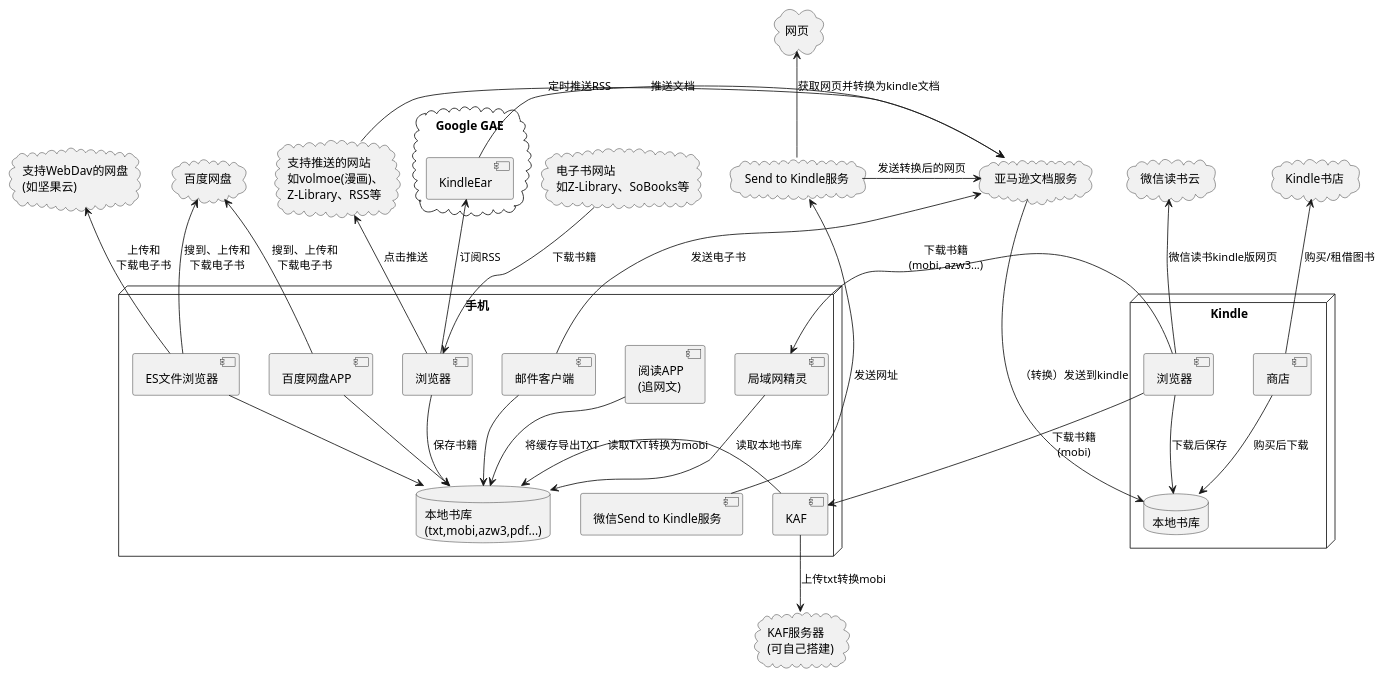
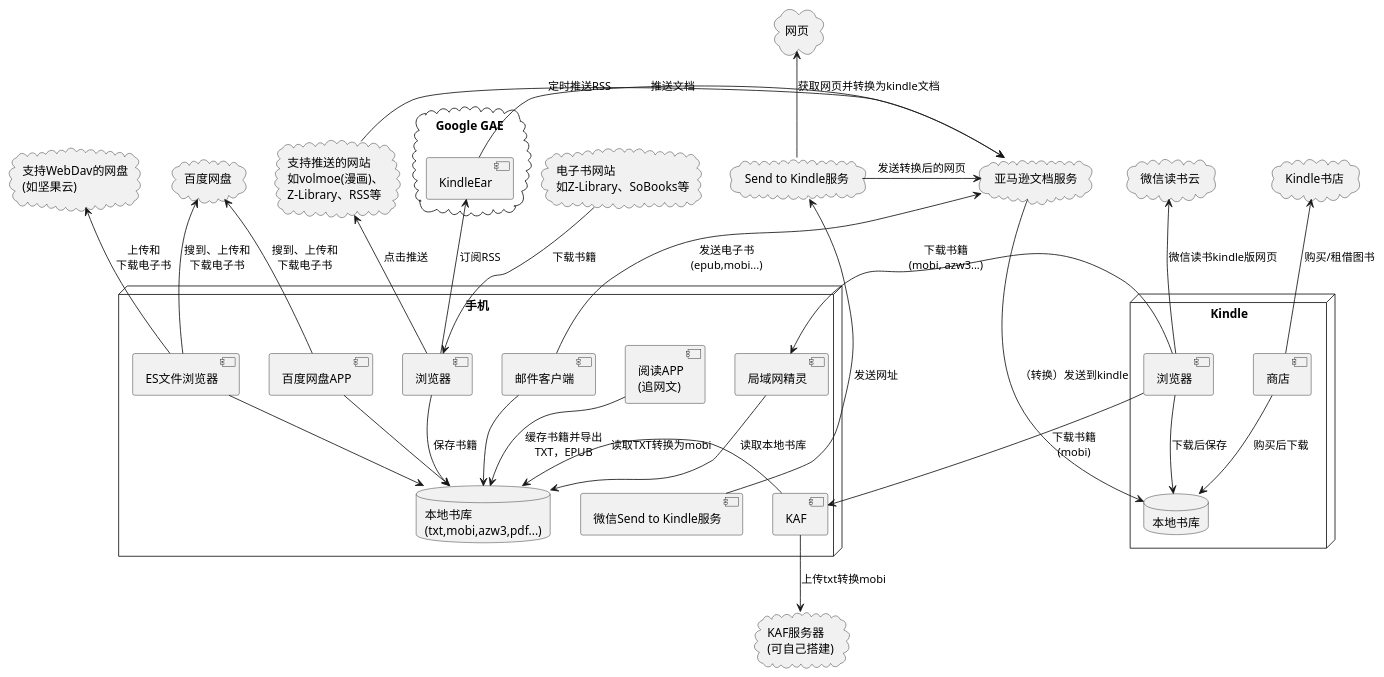
One commit to hjianhao/docs changed the diagram in digital/EINK/images/kindle-book-src/overview.puml. Above: the diagram before and after it, drawn with PlantUML. The commit also changed 14 other files, not shown here.

```diff
--- a/digital/EINK/images/kindle-book-src/overview.puml
+++ b/digital/EINK/images/kindle-book-src/overview.puml
@@ -1,79 +1,79 @@
-@startuml
+@startuml kindle-overview
 
 node Kindle as kindle {
     component 浏览器 as kbrow
     component 商店 as kshop
     database 本地书库 as kllib
     kshop --> kllib : 购买后下载
     kbrow --> kllib : 下载后保存
 }
 
 node 手机 as Phone {
     component 局域网精灵 as lgenius
     component 百度网盘APP as baiduclient
     component ES文件浏览器 as esfb
     component "阅读APP\n(追网文)" as openreader
     component KAF as kaf
     component 邮件客户端 as mailclient
     component "浏览器" as pbrow
     component "微信Send to Kindle服务" as s2k
     database "本地书库\n(txt,mobi,azw3,pdf...)" as pllib
     
     kbrow -> lgenius : 下载书籍\n(mobi, azw3...)
     lgenius --> pllib : 读取本地书库
     esfb --> pllib
     baiduclient --> pllib
-    openreader --> pllib : 将缓存导出TXT
+    openreader --> pllib : 缓存书籍并导出\nTXT，EPUB
     kaf -> pllib : 读取TXT转换为mobi
     mailclient --> pllib
     lgenius -[hidden]> mailclient
     mailclient -[hidden]> esfb
     esfb -[hidden]> baiduclient
     lgenius -[hidden]-> kaf
     baiduclient -[hidden]r-> openreader
     pbrow -[hidden]-> s2k
     kbrow -> kaf : 下载书籍\n(mobi)
 }
 
 cloud 百度网盘 as baiducloud
 baiduclient -u-> baiducloud : 搜到、上传和\n下载电子书
 esfb -u-> baiducloud : 搜到、上传和\n下载电子书
 
 cloud "支持WebDav的网盘\n(如坚果云)" as webdavcloud
 esfb -u-> webdavcloud : 上传和\n下载电子书
 
 cloud 微信读书云 as weread
 kbrow -u-> weread : 微信读书kindle版网页
 
 cloud "KAF服务器\n(可自己搭建)" as kafcloud
 kaf --> kafcloud : 上传txt转换mobi
 
 cloud "亚马逊文档服务" as adcloud
-mailclient -u-> adcloud : 发送电子书
+mailclient -u-> adcloud : 发送电子书\n(epub,mobi...)
 adcloud --> kllib : （转换）发送到kindle
 
 cloud "Kindle书店" as kshopcloud
 kshop -u-> kshopcloud : 购买/租借图书
 
 cloud "支持推送的网站\n如volmoe(漫画)、\nZ-Library、RSS等" as pushcloud
 pbrow -u-> pushcloud : 点击推送
 pushcloud -> adcloud : 推送文档
 
 cloud "电子书网站\n如Z-Library、SoBooks等" as bookcloud
 pbrow <-u- bookcloud : 下载书籍
 pbrow --> pllib : 保存书籍
 
 cloud "Send to Kindle服务" as s2kcloud
 s2k -u-> s2kcloud : 发送网址
 
 cloud "网页" as webpage
 s2kcloud -u-> webpage : 获取网页并转换为kindle文档
 s2kcloud -> adcloud : 发送转换后的网页
 
 cloud "Google GAE" as gae {
     component KindleEar as kear
     kear -> adcloud : 定时推送RSS
     pbrow -u-> kear : 订阅RSS
 }
 
 @enduml
```
